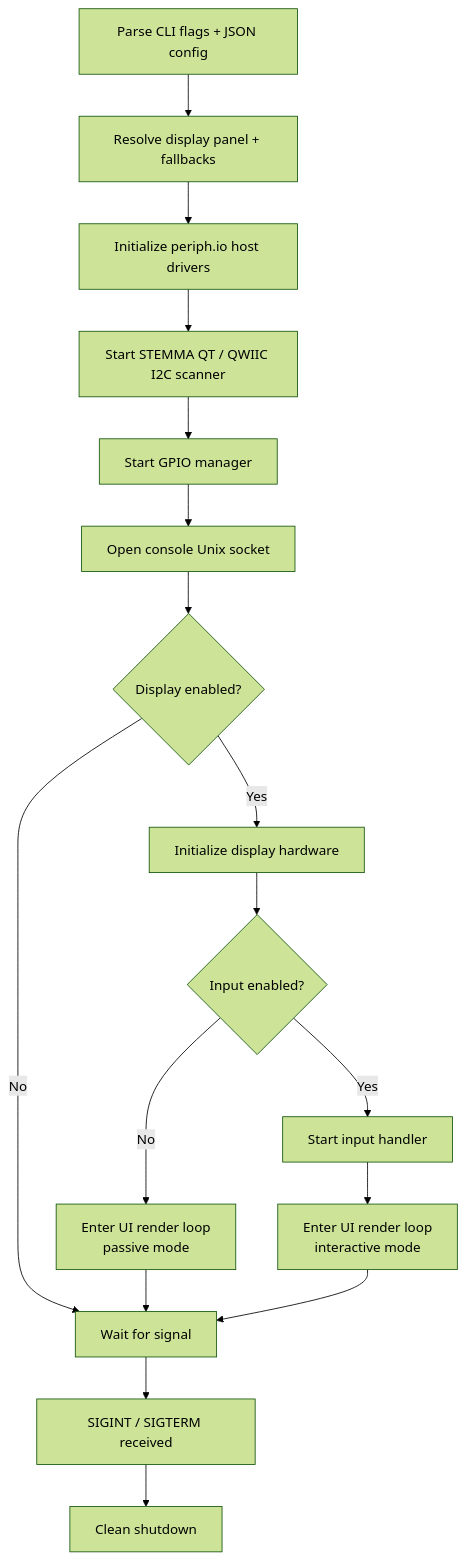
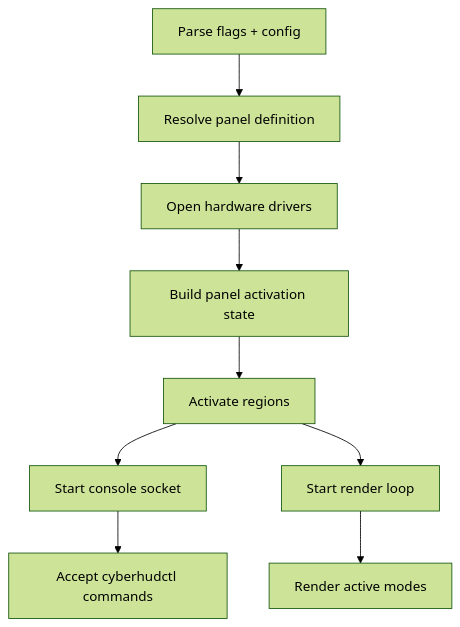
One commit to databeast/cyberhud changed the second of 2 diagrams in ghpages/docs/reference/architecture.md. Above: the diagram before and after it, drawn with Mermaid (forest theme). The commit also changed other lines of this file and 7 other files, not shown here.

````diff
--- a/ghpages/docs/reference/architecture.md
+++ b/ghpages/docs/reference/architecture.md
@@ -355,19 +92,11 @@
 ```mermaid
 flowchart TD
-    A[Parse CLI flags + JSON config] --> B[Resolve display panel + fallbacks]
-    B --> C[Initialize periph.io host drivers]
-    C --> D[Start STEMMA QT / QWIIC I2C scanner]
-    D --> E[Start GPIO manager]
-    E --> F[Open console Unix socket]
-    F --> G{Display enabled?}
-    G -->|Yes| H[Initialize display hardware]
-    G -->|No| K[Wait for signal]
-    H --> I{Input enabled?}
-    I -->|Yes| J[Start input handler]
-    I -->|No| L[Enter UI render loop<br/>passive mode]
-    J --> M[Enter UI render loop<br/>interactive mode]
-    L --> K
-    M --> K
-    K --> N[SIGINT / SIGTERM received]
-    N --> O[Clean shutdown]
+    A[Parse flags + config] --> B[Resolve panel definition]
+    B --> C[Open hardware drivers]
+    C --> D[Build panel activation state]
+    D --> E[Activate regions]
+    E --> F[Start console socket]
+    E --> G[Start render loop]
+    G --> H[Render active modes]
+    F --> I[Accept cyberhudctl commands]
 ```
````
